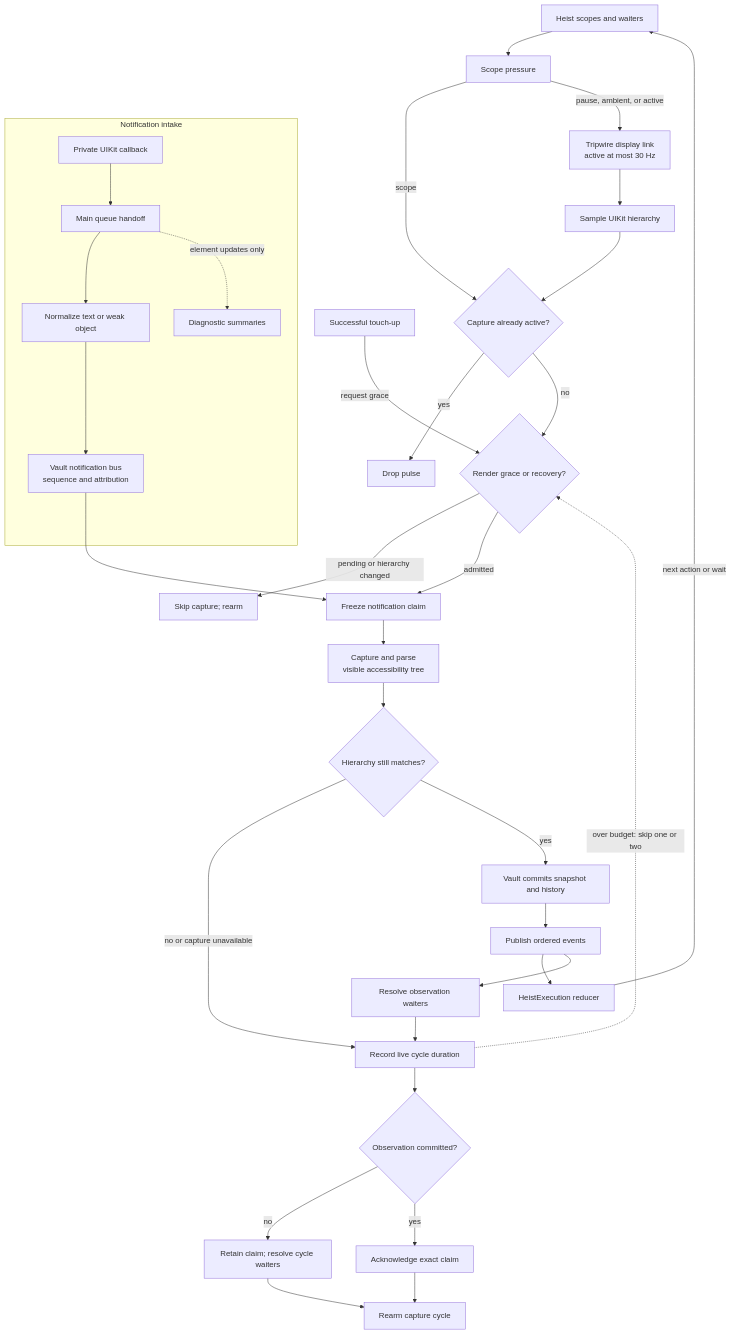
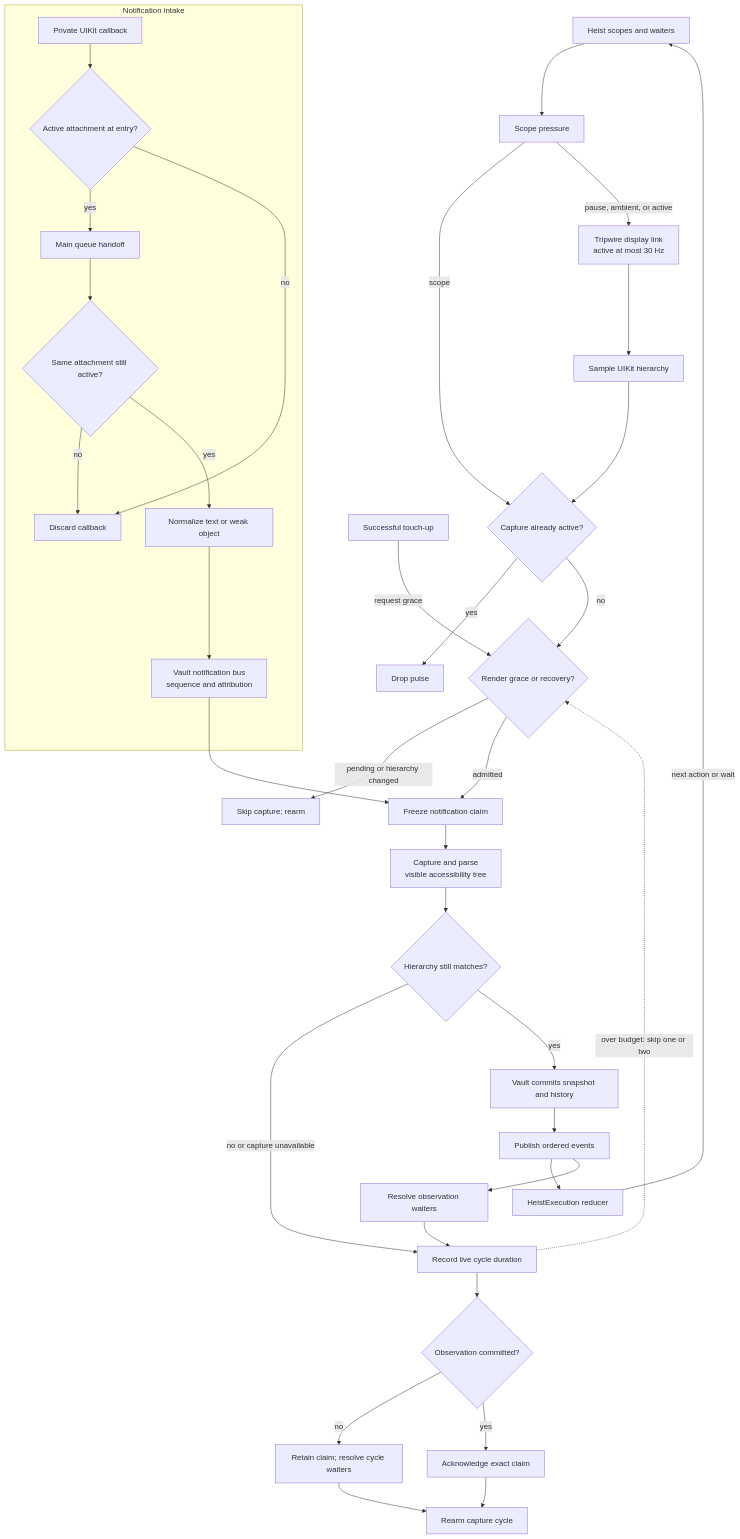
One commit to TheButtonHeist/TheButtonHeist changed the diagram in docs/diagrams/tripwire.md. Above: the diagram before and after it, drawn with Mermaid. The commit also changed other lines of this file and 5 other files, not shown here.

````diff
--- a/docs/diagrams/tripwire.md
+++ b/docs/diagrams/tripwire.md
@@ -12,37 +12,40 @@
 ```mermaid
 flowchart TD
     Demand["Heist scopes and waiters"] --> Pressure["Scope pressure"]
     Pressure -->|"scope"| Cycle
     Pressure -->|"pause, ambient, or active"| Link["Tripwire display link<br>active at most 30 Hz"]
     Link --> Signal["Sample UIKit hierarchy"]
     Signal --> Cycle{"Capture already active?"}
     Cycle -->|"yes"| Drop["Drop pulse"]
     Cycle -->|"no"| Admission{"Render grace or recovery?"}
     Touch["Successful touch-up"] -->|"request grace"| Admission
     Admission -->|"pending or hierarchy changed"| Skip["Skip capture; rearm"]
     Admission -->|"admitted"| Claim["Freeze notification claim"]
 
     subgraph Intake["Notification intake"]
-        SPI["Private UIKit callback"] --> Queue["Main queue handoff"]
-        Queue --> Normalize["Normalize text or weak object"]
-        Queue -.->|"element updates only"| Probe["Diagnostic summaries"]
+        SPI["Private UIKit callback"] --> Attachment{"Active attachment at entry?"}
+        Attachment -->|"yes"| Queue["Main queue handoff"]
+        Attachment -->|"no"| Discard["Discard callback"]
+        Queue --> Current{"Same attachment still active?"}
+        Current -->|"no"| Discard
+        Current -->|"yes"| Normalize["Normalize text or weak object"]
         Normalize --> Bus["Vault notification bus<br>sequence and attribution"]
     end
 
     Bus --> Claim
     Claim --> Capture["Capture and parse<br>visible accessibility tree"]
     Capture --> Validate{"Hierarchy still matches?"}
     Validate -->|"no or capture unavailable"| Budget
     Validate -->|"yes"| Commit["Vault commits snapshot and history"]
     Commit --> Publish["Publish ordered events"]
     Publish --> Reducer["HeistExecution reducer"]
     Publish --> Waiters["Resolve observation waiters"]
     Waiters --> Budget["Record live cycle duration"]
     Budget -.->|"over budget: skip one or two"| Admission
     Budget --> Completion{"Observation committed?"}
     Completion -->|"no"| Retry["Retain claim; resolve cycle waiters"]
     Retry --> Rearm
     Completion -->|"yes"| Ack["Acknowledge exact claim"]
     Ack --> Rearm["Rearm capture cycle"]
     Reducer -->|"next action or wait"| Demand
 ```
````
